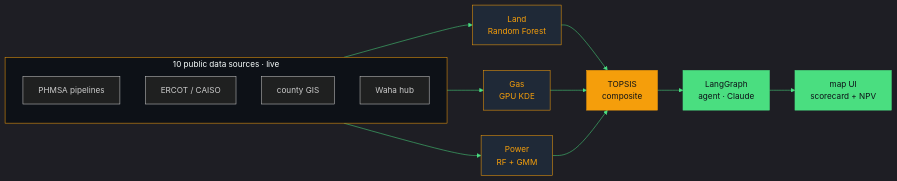
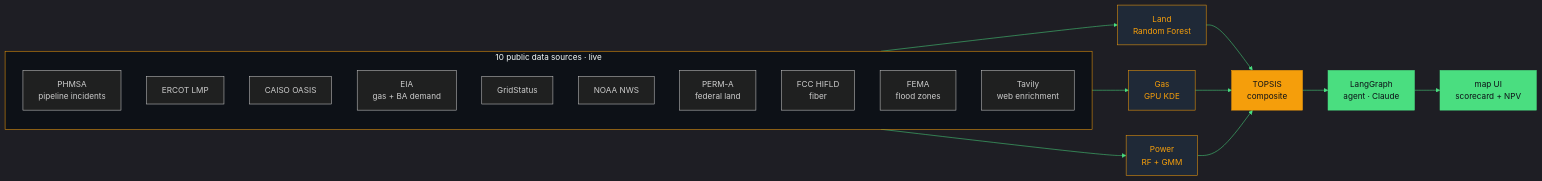
One commit to Suhxs-Reddy/Suhxs-Reddy changed the second of 2 diagrams in README.md. Above: the diagram before and after it, drawn with Mermaid. The commit also changed other lines of this file, not shown here.

````diff
--- a/README.md
+++ b/README.md
@@ -162,24 +162,30 @@
 ```mermaid
 %%{init: {'theme':'dark', 'themeVariables': {'primaryColor':'#f59e0b','primaryBorderColor':'#f59e0b','lineColor':'#4ade80','primaryTextColor':'#e5e7eb','background':'#0d1117'}}}%%
 flowchart LR
     subgraph SRC["10 public data sources · live"]
-        S1[PHMSA pipelines]
-        S2[ERCOT / CAISO]
-        S3[county GIS]
-        S4[Waha hub]
+        S1[PHMSA<br/>pipeline incidents]
+        S2[ERCOT LMP]
+        S3[CAISO OASIS]
+        S4[EIA<br/>gas + BA demand]
+        S5[GridStatus]
+        S6[NOAA NWS]
+        S7[PERM-A<br/>federal land]
+        S8[FCC HIFLD<br/>fiber]
+        S9[FEMA<br/>flood zones]
+        S10[Tavily<br/>web enrichment]
     end
     SRC --> M1["Land<br/>Random Forest"]
     SRC --> M2["Gas<br/>GPU KDE"]
     SRC --> M3["Power<br/>RF + GMM"]
     M1 & M2 & M3 --> TOP["TOPSIS<br/>composite"]
     TOP --> AGT["LangGraph<br/>agent · Claude"]
     AGT --> UI["map UI<br/>scorecard + NPV"]
 
     style SRC fill:#0d1117,stroke:#f59e0b
     style M1 fill:#1f2937,color:#f59e0b,stroke:#f59e0b
     style M2 fill:#1f2937,color:#f59e0b,stroke:#f59e0b
     style M3 fill:#1f2937,color:#f59e0b,stroke:#f59e0b
     style TOP fill:#f59e0b,color:#0d1117,stroke:#f59e0b
     style AGT fill:#4ade80,color:#0d1117,stroke:#4ade80
     style UI fill:#4ade80,color:#0d1117,stroke:#4ade80
 ```
````
